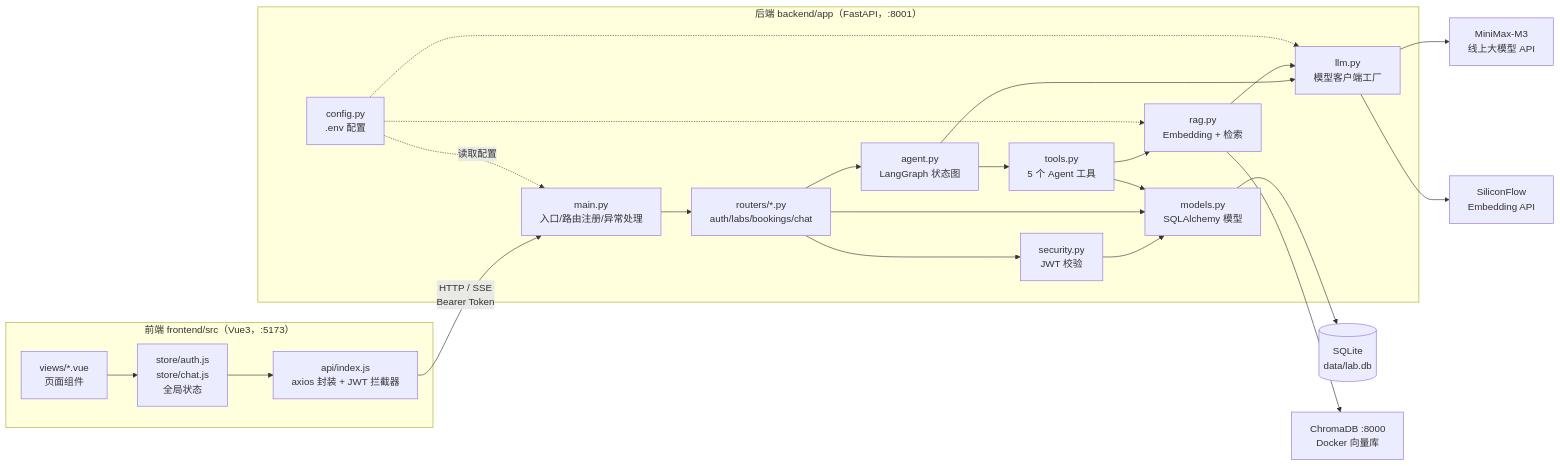
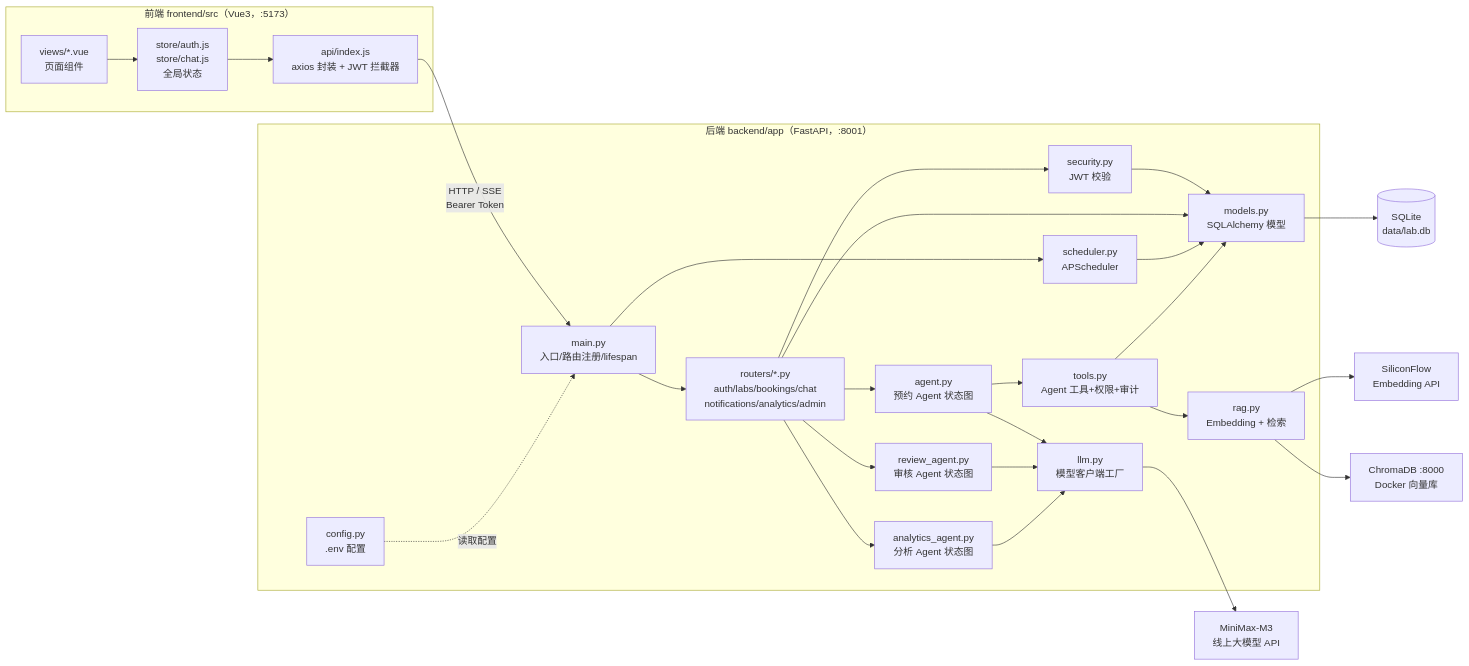
One commit to BOFdcb/Intelligent-Laboratory-Reservation-System changed the first of 5 diagrams in README.md. Above: the diagram before and after it, drawn with Mermaid. The commit also changed other lines of this file and 31 other files, not shown here.

````diff
--- a/README.md
+++ b/README.md
@@ -93,38 +148,44 @@
 ```mermaid
 flowchart LR
     subgraph FE["前端 frontend/src（Vue3，:5173）"]
         V["views/*.vue<br/>页面组件"]
         S["store/auth.js<br/>store/chat.js<br/>全局状态"]
         A["api/index.js<br/>axios 封装 + JWT 拦截器"]
         V --> S --> A
     end
 
     subgraph BE["后端 backend/app（FastAPI，:8001）"]
-        M["main.py<br/>入口/路由注册/异常处理"]
-        R["routers/*.py<br/>auth/labs/bookings/chat"]
+        M["main.py<br/>入口/路由注册/lifespan"]
+        R["routers/*.py<br/>auth/labs/bookings/chat<br/>notifications/analytics/admin"]
         SEC["security.py<br/>JWT 校验"]
-        AG["agent.py<br/>LangGraph 状态图"]
-        T["tools.py<br/>5 个 Agent 工具"]
+        AG["agent.py<br/>预约 Agent 状态图"]
+        RA["review_agent.py<br/>审核 Agent 状态图"]
+        AA["analytics_agent.py<br/>分析 Agent 状态图"]
+        SCH["scheduler.py<br/>APScheduler"]
+        T["tools.py<br/>Agent 工具+权限+审计"]
         RAG["rag.py<br/>Embedding + 检索"]
         LLM["llm.py<br/>模型客户端工厂"]
         MOD["models.py<br/>SQLAlchemy 模型"]
         CFG["config.py<br/>.env 配置"]
     end
 
     DB[("SQLite<br/>data/lab.db")]
     MX["MiniMax-M3<br/>线上大模型 API"]
     SF["SiliconFlow<br/>Embedding API"]
     CH["ChromaDB :8000<br/>Docker 向量库"]
 
     A -->|"HTTP / SSE<br/>Bearer Token"| M --> R
     R --> SEC --> MOD
     R --> MOD --> DB
     R --> AG --> T
+    R --> RA
+    R --> AA
+    M --> SCH --> MOD
     AG --> LLM --> MX
+    RA --> LLM
+    AA --> LLM
     T --> MOD
-    T --> RAG --> LLM --> SF
+    T --> RAG --> SF
     RAG --> CH
     CFG -.->|"读取配置"| M
-    CFG -.-> LLM
-    CFG -.-> RAG
 ```
````
